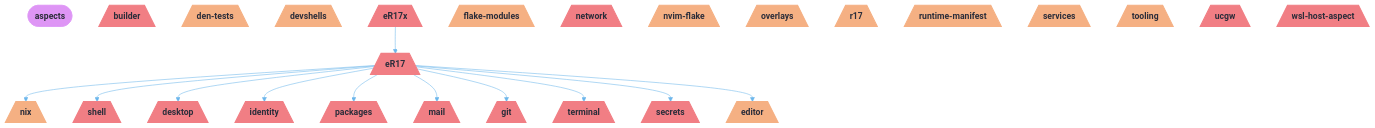
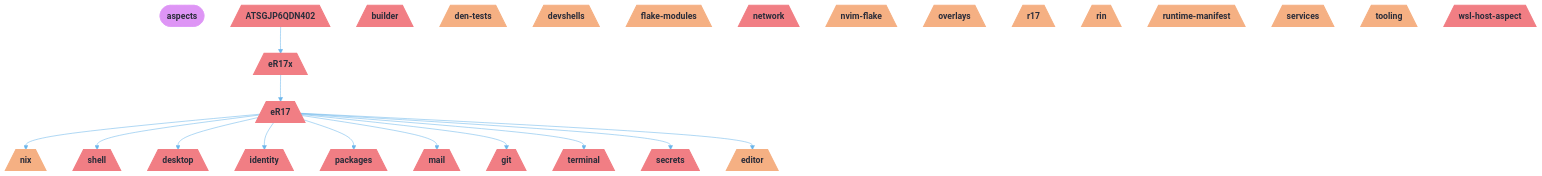
One commit to r17x/universe changed the first of 7 diagrams in README.md. Above: the diagram before and after it, drawn with Mermaid. The commit also changed other lines of this file and 5 other files, not shown here.

First line of the commit message:
feat(darwin): add ATSGJP6QDN402 host and rin profile on den

````diff
--- a/README.md
+++ b/README.md
@@ -75,69 +75,72 @@
 ```mermaid
 %%{init: {"theme":"base","themeVariables":{"activationBkgColor":"#EC7279","activationBorderColor":"#EF9F76","actorBkg":"#EC7279","actorBorder":"#6CB6EB","actorLineColor":"#6CB6EB","actorTextColor":"#D38AEA","background":"#2B2D3A","classText":"#D38AEA","clusterBkg":"#EC7279","clusterBorder":"#EF9F76","edgeLabelBackground":"#2B2D3A","labelBoxBkgColor":"#EC7279","labelBoxBorderColor":"#6CB6EB","labelTextColor":"#D38AEA","lineColor":"#6CB6EB","loopTextColor":"#D38AEA","mainBkg":"#EC7279","nodeBkg":"#EC7279","nodeBorder":"#6CB6EB","nodeTextColor":"#D38AEA","noteBkgColor":"#EC7279","noteBorderColor":"#EF9F76","noteTextColor":"#D38AEA","pie1":"#3D3D40","pie2":"#F17E84","pie3":"#B1D48B","pie4":"#F5B083","pie5":"#7EC1F5","pie6":"#DE95F5","pie7":"#68C7CD","pie8":"#F0F4FA","pieLegendTextColor":"#D38AEA","pieOuterStrokeColor":"#EF9F76","pieSectionTextColor":"#D38AEA","pieStrokeColor":"#EF9F76","pieTitleTextColor":"#D38AEA","primaryBorderColor":"#6CB6EB","primaryColor":"#EC7279","primaryTextColor":"#D38AEA","secondBkg":"#EC7279","secondaryBorderColor":"#EF9F76","secondaryColor":"#EC7279","secondaryTextColor":"#D38AEA","sequenceNumberColor":"#2B2D3A","signalColor":"#6CB6EB","signalTextColor":"#D38AEA","tertiaryBorderColor":"#EF9F76","tertiaryColor":"#EC7279","tertiaryTextColor":"#D38AEA","textColor":"#D38AEA","titleColor":"#D38AEA"}}}%%
 graph TD
   aspects([aspects]):::root
+  ATSGJP6QDN402[/"ATSGJP6QDN402"\]:::ATSGJP6QDN402_c
   builder[/"builder"\]:::builder_c
   den_tests[/"den-tests"\]:::den_tests_c
   desktop[/"desktop"\]:::desktop_c
   devshells[/"devshells"\]:::devshells_c
   eR17[/"eR17"\]:::eR17_c
   eR17x[/"eR17x"\]:::eR17x_c
   editor[/"editor"\]:::editor_c
   flake_modules[/"flake-modules"\]:::flake_modules_c
   git[/"git"\]:::git_c
   identity[/"identity"\]:::identity_c
   mail[/"mail"\]:::mail_c
   network[/"network"\]:::network_c
   nix[/"nix"\]:::nix_c
   nvim_flake[/"nvim-flake"\]:::nvim_flake_c
   overlays[/"overlays"\]:::overlays_c
   packages[/"packages"\]:::packages_c
   r17[/"r17"\]:::r17_c
+  rin[/"rin"\]:::rin_c
   runtime_manifest[/"runtime-manifest"\]:::runtime_manifest_c
   secrets[/"secrets"\]:::secrets_c
   services[/"services"\]:::services_c
   shell[/"shell"\]:::shell_c
   terminal[/"terminal"\]:::terminal_c
   tooling[/"tooling"\]:::tooling_c
-  ucgw[/"ucgw"\]:::ucgw_c
   wsl_host_aspect[/"wsl-host-aspect"\]:::wsl_host_aspect_c
 
+  ATSGJP6QDN402 --> eR17x
   eR17 --> nix
   eR17 --> shell
   eR17 --> desktop
   eR17 --> identity
   eR17 --> packages
   eR17 --> mail
   eR17 --> git
   eR17 --> terminal
   eR17 --> secrets
   eR17 --> editor
   eR17x --> eR17
 
   classDef root fill:#DE95F5,stroke:#DE95F5,color:#2B2D3A,font-weight:bold
+  classDef ATSGJP6QDN402_c fill:#F17E84,stroke:#F17E84,color:#2B2D3A,stroke-width:2px
   classDef builder_c fill:#F17E84,stroke:#F17E84,color:#2B2D3A,stroke-width:2px
   classDef den_tests_c fill:#F5B083,stroke:#F5B083,color:#2B2D3A,stroke-width:2px
   classDef desktop_c fill:#F17E84,stroke:#F17E84,color:#2B2D3A,stroke-width:2px
   classDef devshells_c fill:#F5B083,stroke:#F5B083,color:#2B2D3A,stroke-width:2px
   classDef eR17_c fill:#F17E84,stroke:#F17E84,color:#2B2D3A,stroke-width:2px
   classDef eR17x_c fill:#F17E84,stroke:#F17E84,color:#2B2D3A,stroke-width:2px
   classDef editor_c fill:#F5B083,stroke:#F5B083,color:#2B2D3A,stroke-width:2px
   classDef flake_modules_c fill:#F5B083,stroke:#F5B083,color:#2B2D3A,stroke-width:2px
   classDef git_c fill:#F17E84,stroke:#F17E84,color:#2B2D3A,stroke-width:2px
   classDef identity_c fill:#F17E84,stroke:#F17E84,color:#2B2D3A,stroke-width:2px
   classDef mail_c fill:#F17E84,stroke:#F17E84,color:#2B2D3A,stroke-width:2px
   classDef network_c fill:#F17E84,stroke:#F17E84,color:#2B2D3A,stroke-width:2px
   classDef nix_c fill:#F5B083,stroke:#F5B083,color:#2B2D3A,stroke-width:2px
   classDef nvim_flake_c fill:#F5B083,stroke:#F5B083,color:#2B2D3A,stroke-width:2px
   classDef overlays_c fill:#F5B083,stroke:#F5B083,color:#2B2D3A,stroke-width:2px
   classDef packages_c fill:#F17E84,stroke:#F17E84,color:#2B2D3A,stroke-width:2px
   classDef r17_c fill:#F5B083,stroke:#F5B083,color:#2B2D3A,stroke-width:2px
+  classDef rin_c fill:#F5B083,stroke:#F5B083,color:#2B2D3A,stroke-width:2px
   classDef runtime_manifest_c fill:#F5B083,stroke:#F5B083,color:#2B2D3A,stroke-width:2px
   classDef secrets_c fill:#F17E84,stroke:#F17E84,color:#2B2D3A,stroke-width:2px
   classDef services_c fill:#F5B083,stroke:#F5B083,color:#2B2D3A,stroke-width:2px
   classDef shell_c fill:#F17E84,stroke:#F17E84,color:#2B2D3A,stroke-width:2px
   classDef terminal_c fill:#F17E84,stroke:#F17E84,color:#2B2D3A,stroke-width:2px
   classDef tooling_c fill:#F5B083,stroke:#F5B083,color:#2B2D3A,stroke-width:2px
-  classDef ucgw_c fill:#F17E84,stroke:#F17E84,color:#2B2D3A,stroke-width:2px
   classDef wsl_host_aspect_c fill:#F17E84,stroke:#F17E84,color:#2B2D3A,stroke-width:2px
 ```
````
